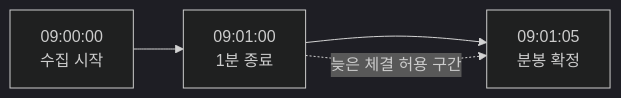
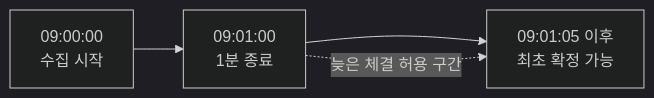
One commit to stdiodh/GrowAnt-SERVER changed the third of 4 diagrams in docs/blog/minute-candles/README.md. Above: the diagram before and after it, drawn with Mermaid (dark theme). The commit also changed other lines of this file and 9 other files, not shown here.

````diff
--- a/docs/blog/minute-candles/README.md
+++ b/docs/blog/minute-candles/README.md
@@ -180,6 +275,6 @@
 ```mermaid
 flowchart LR
     A["09:00:00<br/>수집 시작"] --> B["09:01:00<br/>1분 종료"]
-    B --> C["09:01:05<br/>분봉 확정"]
+    B --> C["09:01:05 이후<br/>최초 확정 가능"]
     B -. "늦은 체결 허용 구간" .-> C
 ```
````
